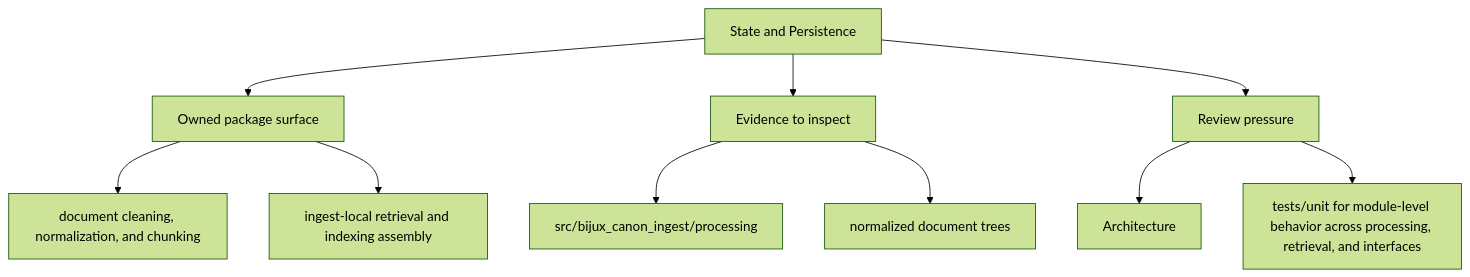
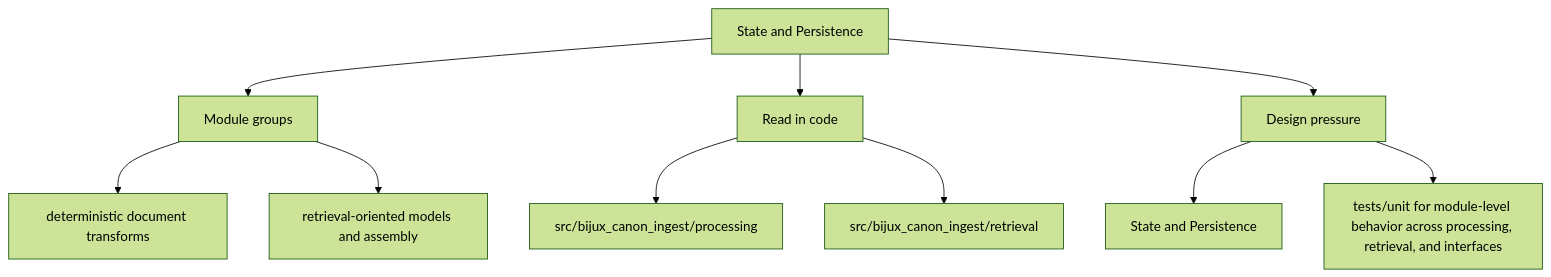
Before and after one commit to bijux/bijux-canon: the second of 2 diagrams in docs/bijux-canon-ingest/architecture/state-and-persistence.md, drawn with Mermaid (forest theme). The commit also changed other lines of this file and 250 other files, not shown here.

Commit message:
docs(diagrams): make product page maps more readable

````diff
--- a/docs/bijux-canon-ingest/architecture/state-and-persistence.md
+++ b/docs/bijux-canon-ingest/architecture/state-and-persistence.md
@@ -35,22 +35,22 @@
 ```mermaid
 flowchart TD
     page["State and Persistence"]
-    focus1["Owned package surface"]
+    focus1["Module groups"]
     page --> focus1
-    focus1_1["document cleaning, normalization, and chunking"]
+    focus1_1["deterministic document transforms"]
     focus1 --> focus1_1
-    focus1_2["ingest-local retrieval and indexing assembly"]
+    focus1_2["retrieval-oriented models and assembly"]
     focus1 --> focus1_2
-    focus2["Evidence to inspect"]
+    focus2["Read in code"]
     page --> focus2
     focus2_1["src/bijux_canon_ingest/processing"]
     focus2 --> focus2_1
-    focus2_2["normalized document trees"]
+    focus2_2["src/bijux_canon_ingest/retrieval"]
     focus2 --> focus2_2
-    focus3["Review pressure"]
+    focus3["Design pressure"]
     page --> focus3
-    focus3_1["Architecture"]
+    focus3_1["State and Persistence"]
     focus3 --> focus3_1
     focus3_2["tests/unit for module-level behavior across processing, retrieval, and interfaces"]
     focus3 --> focus3_2
 ```
````
